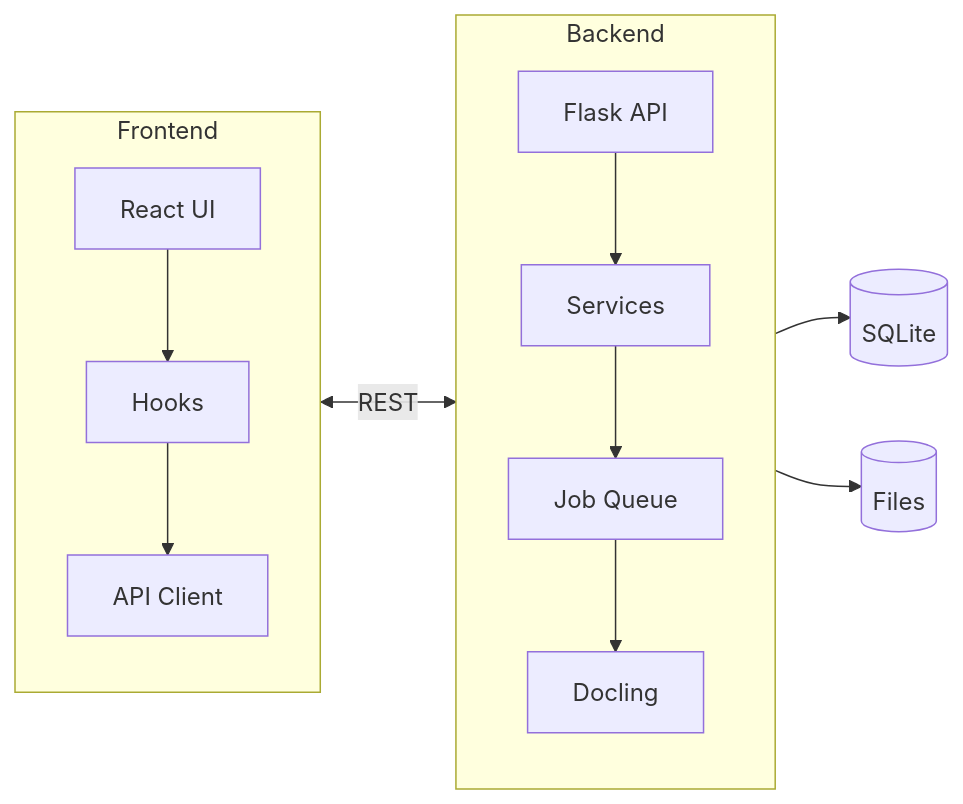
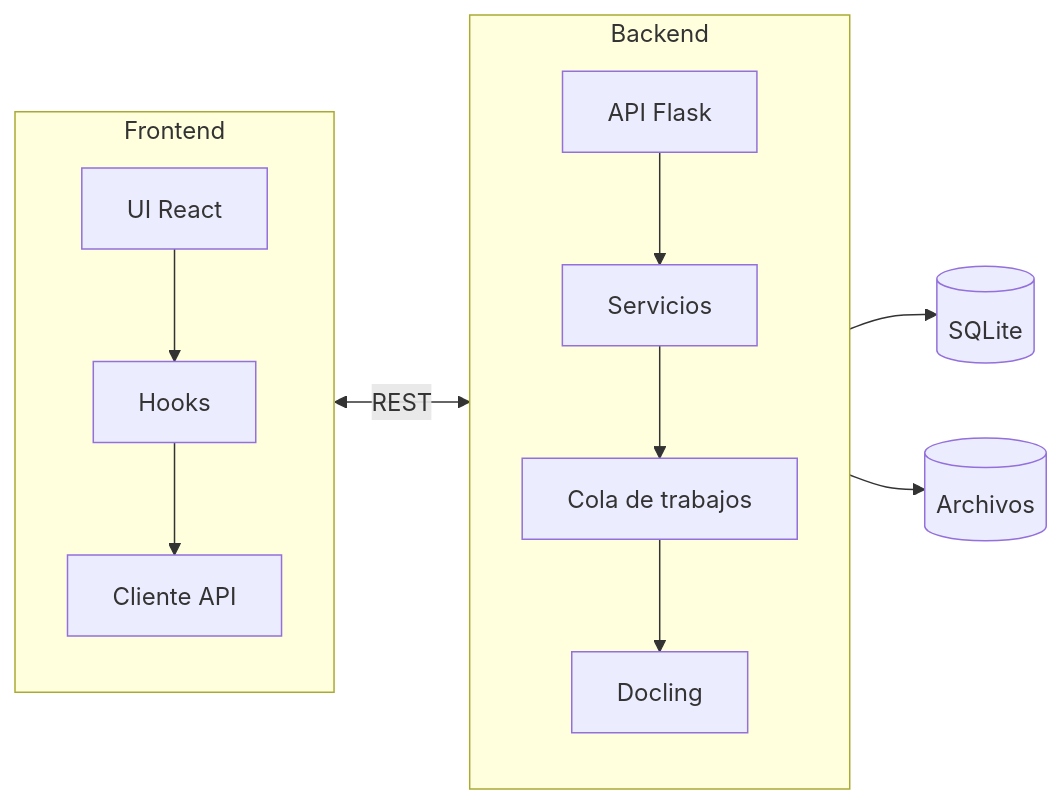
One commit to duckling-ui/duckling changed the first of 8 diagrams in docs/es/architecture/diagrams.md. Above: the diagram before and after it, drawn with Mermaid. The commit also changed other lines of this file and 133 other files, not shown here.

````diff
--- a/docs/es/architecture/diagrams.md
+++ b/docs/es/architecture/diagrams.md
@@ -7,20 +7,20 @@
 ```mermaid
 flowchart LR
     subgraph FE["Frontend"]
         direction TB
-        UI[React UI] --> Hooks[Hooks]
-        Hooks --> Axios[API Client]
+        UI[UI React] --> Hooks[Hooks]
+        Hooks --> Axios[Cliente API]
     end
 
     Axios <-->|REST| API
 
     subgraph BE["Backend"]
         direction TB
-        API[Flask API] --> SVC[Services]
-        SVC --> Queue[Job Queue]
+        API[API Flask] --> SVC[Servicios]
+        SVC --> Queue[Cola de trabajos]
         Queue --> Doc[Docling]
     end
 
     Doc --> DB[(SQLite)]
-    Doc --> FS[(Files)]
+    Doc --> FS[(Archivos)]
 ```
````
